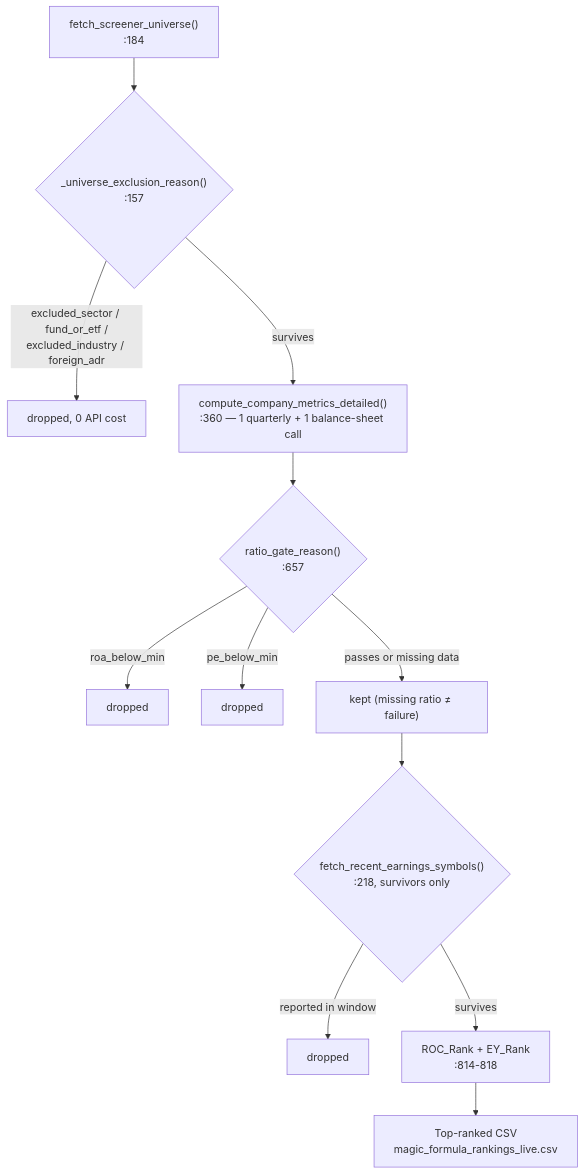
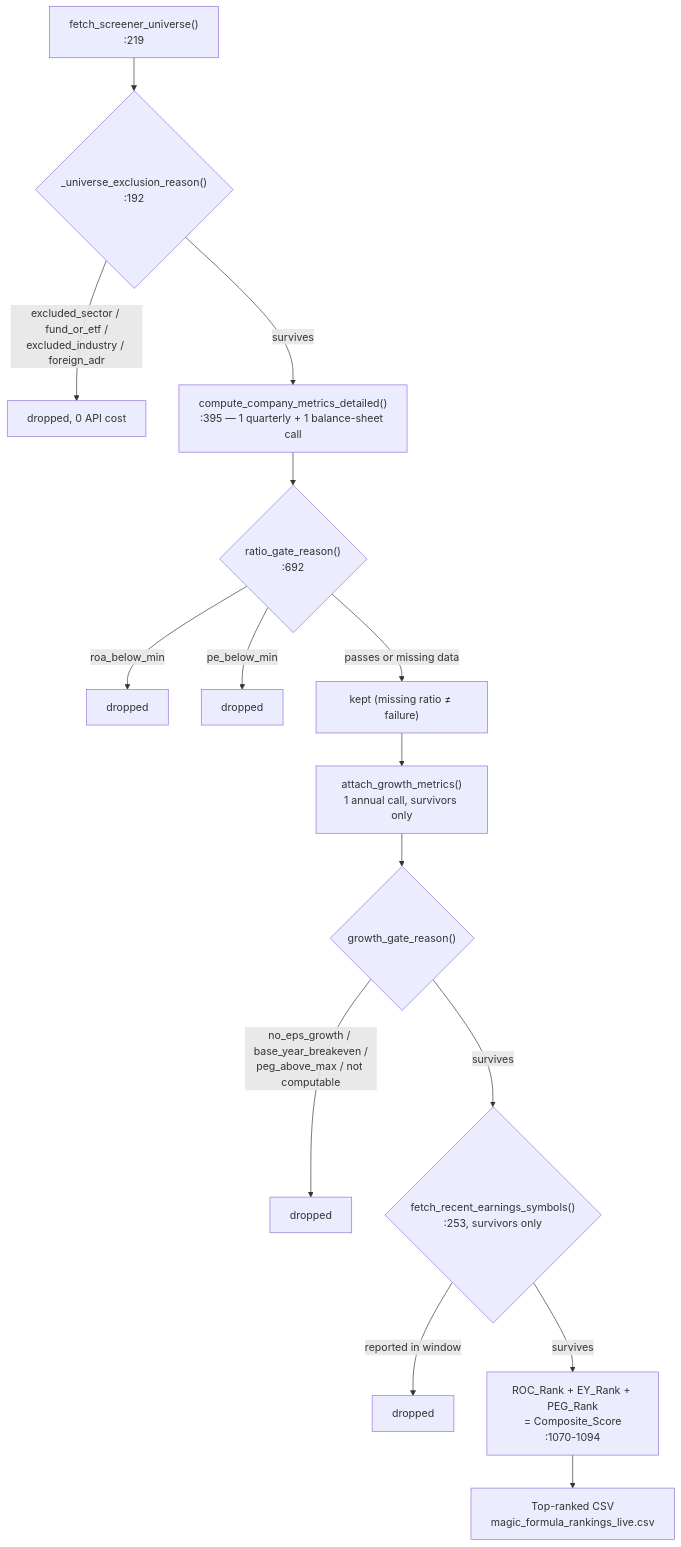
One commit to sun4github/magic-stock-picker changed the diagram in docs/04-screener-internals.md. Above: the diagram before and after it, drawn with Mermaid. The commit also changed other lines of this file and 12 other files, not shown here.

Commit message:
Introduced PEG ratio (modified). New ranking. Safe guards

````diff
--- a/docs/04-screener-internals.md
+++ b/docs/04-screener-internals.md
@@ -38,14 +40,17 @@
 ```mermaid
 flowchart TD
-    U["fetch_screener_universe()\n:184"] --> G1{"_universe_exclusion_reason()\n:157"}
+    U["fetch_screener_universe()\n:219"] --> G1{"_universe_exclusion_reason()\n:192"}
     G1 -->|excluded_sector / fund_or_etf /\nexcluded_industry / foreign_adr| Drop1[dropped, 0 API cost]
-    G1 -->|survives| Fin["compute_company_metrics_detailed()\n:360 — 1 quarterly + 1 balance-sheet call"]
-    Fin --> G2{"ratio_gate_reason()\n:657"}
+    G1 -->|survives| Fin["compute_company_metrics_detailed()\n:395 — 1 quarterly + 1 balance-sheet call"]
+    Fin --> G2{"ratio_gate_reason()\n:692"}
     G2 -->|roa_below_min| Drop2[dropped]
     G2 -->|pe_below_min| Drop3[dropped]
     G2 -->|passes or missing data| Keep["kept (missing ratio ≠ failure)"]
-    Keep --> G3{"fetch_recent_earnings_symbols()\n:218, survivors only"}
+    Keep --> Growth["attach_growth_metrics()\n1 annual call, survivors only"]
+    Growth --> G4{"growth_gate_reason()"}
+    G4 -->|no_eps_growth / base_year_breakeven /\npeg_above_max / not computable| Drop5[dropped]
+    G4 -->|survives| G3{"fetch_recent_earnings_symbols()\n:253, survivors only"}
     G3 -->|reported in window| Drop4[dropped]
-    G3 -->|survives| Rank["ROC_Rank + EY_Rank\n:814-818"]
+    G3 -->|survives| Rank["ROC_Rank + EY_Rank + PEG_Rank\n= Composite_Score\n:1070-1094"]
     Rank --> Out["Top-ranked CSV\nmagic_formula_rankings_live.csv"]
 ```
````
